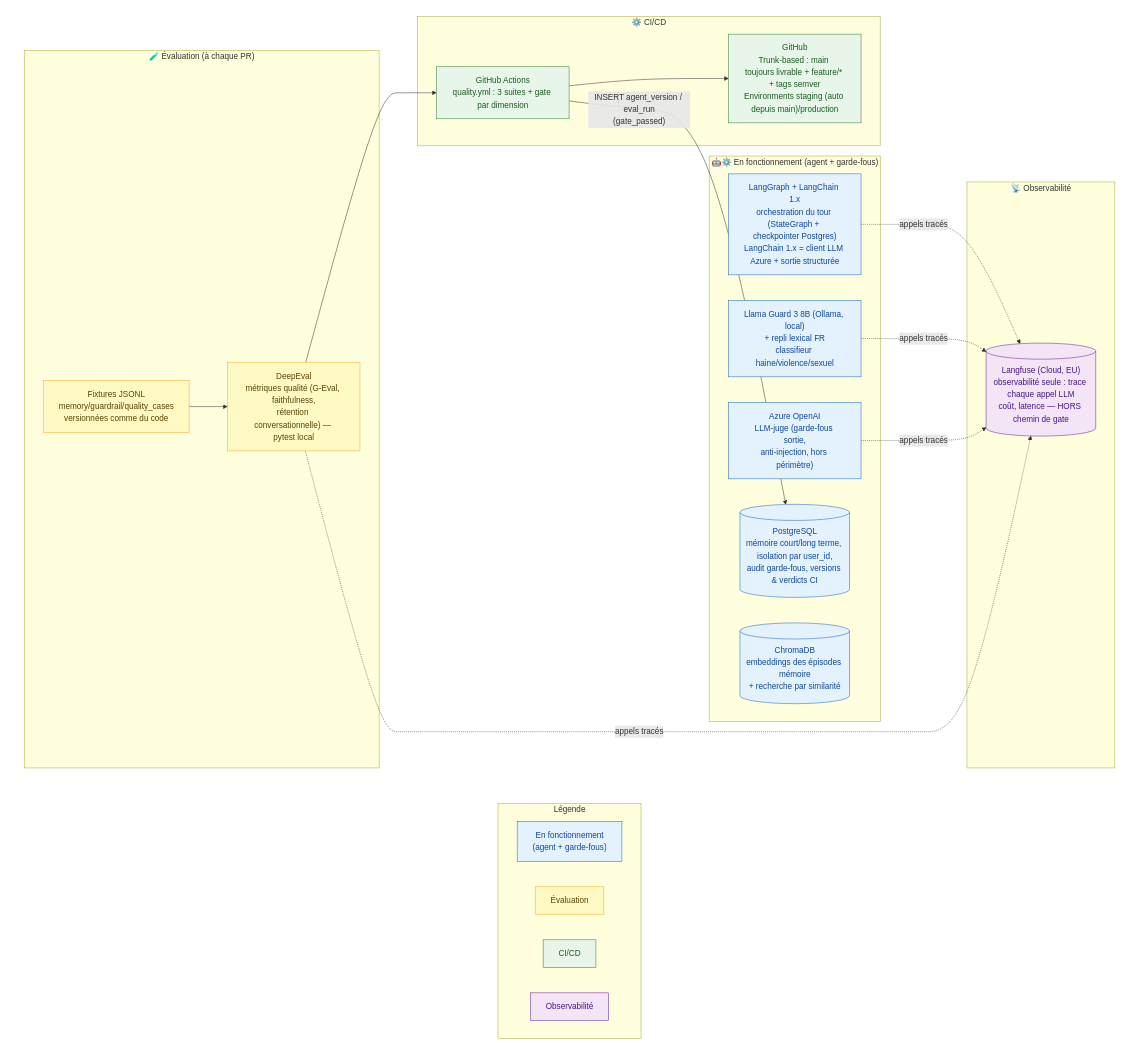
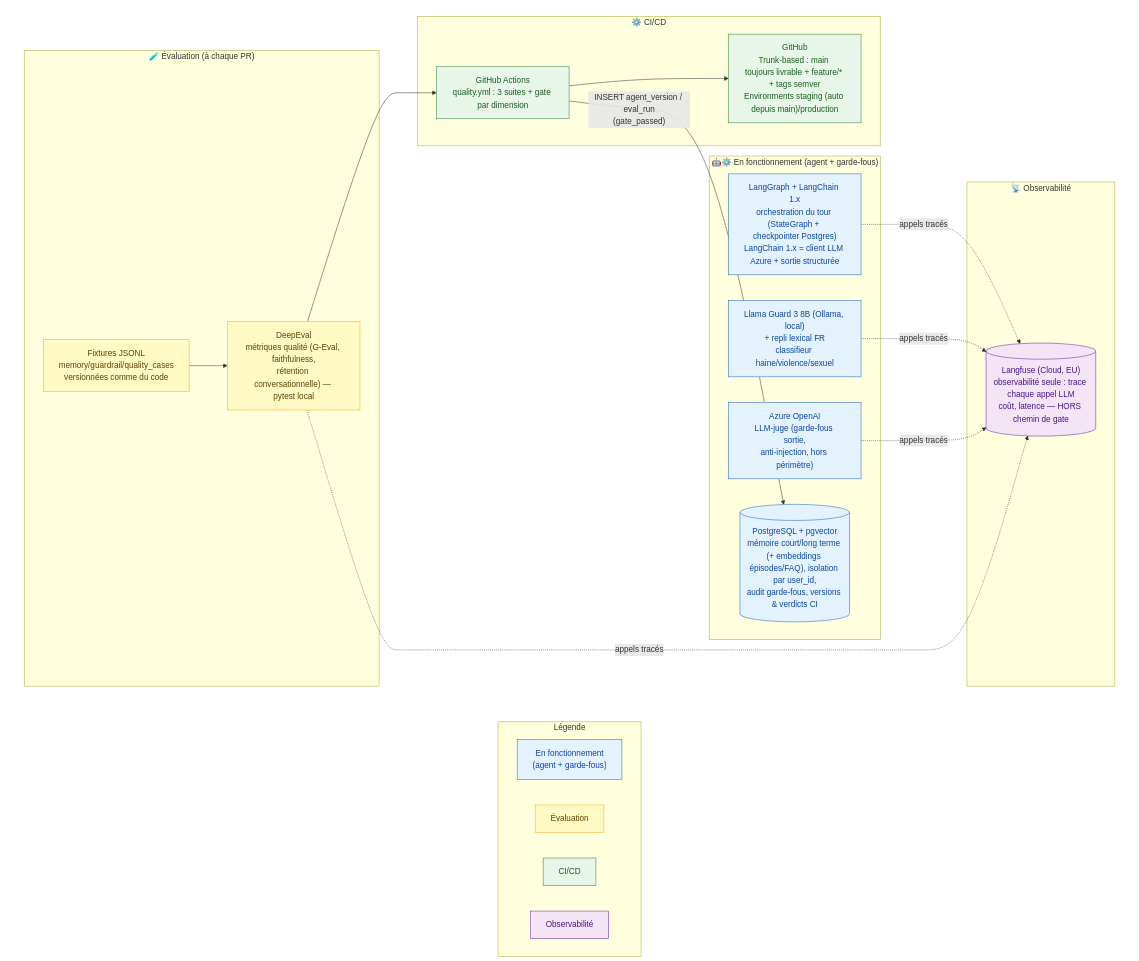
One commit to sofiane-git/velmo-v2 changed the diagram in docs/reference/schemas/04-outils.md. Above: the diagram before and after it, drawn with Mermaid. The commit also changed other lines of this file and 5 other files, not shown here.

````diff
--- a/docs/reference/schemas/04-outils.md
+++ b/docs/reference/schemas/04-outils.md
@@ -7,56 +7,55 @@
 ```mermaid
 flowchart TB
     subgraph MAIN[" "]
         subgraph AGENT["🤖⚙️ En fonctionnement (agent + garde-fous)"]
             LC["LangGraph + LangChain 1.x<br/>orchestration du tour (StateGraph + checkpointer Postgres)<br/>LangChain 1.x = client LLM Azure + sortie structurée"]
-            PG[("PostgreSQL<br/>mémoire court/long terme, isolation par user_id,<br/>audit garde-fous, versions & verdicts CI")]
-            CH[("ChromaDB<br/>embeddings des épisodes mémoire<br/>+ recherche par similarité")]
+            PG[("PostgreSQL + pgvector<br/>mémoire court/long terme (+ embeddings épisodes/FAQ), isolation par user_id,<br/>audit garde-fous, versions & verdicts CI")]
             LGM["Llama Guard 3 8B (Ollama, local)<br/>+ repli lexical FR<br/>classifieur haine/violence/sexuel"]
             AZ["Azure OpenAI<br/>LLM-juge (garde-fous sortie,<br/>anti-injection, hors périmètre)"]
         end
 
         subgraph EVAL["🧪 Évaluation (à chaque PR)"]
             JSONL["Fixtures JSONL<br/>memory/guardrail/quality_cases<br/>versionnées comme du code"]
             DE["DeepEval<br/>métriques qualité (G-Eval, faithfulness,<br/>rétention conversationnelle) — pytest local"]
         end
 
         subgraph CI["⚙️ CI/CD"]
             GHA["GitHub Actions<br/>quality.yml : 3 suites + gate par dimension"]
             GH["GitHub<br/>Trunk-based : main toujours livrable + feature/* + tags semver<br/>Environments staging (auto depuis main)/production"]
         end
 
         subgraph OBS["📡 Observabilité"]
             LF[("Langfuse (Cloud, EU)<br/>observabilité seule : trace chaque appel LLM<br/>coût, latence — HORS chemin de gate")]
         end
 
         JSONL --> DE --> GHA
         GHA --> GH
         LC -.->|"appels tracés"| LF
         LGM -.->|"appels tracés"| LF
         AZ -.->|"appels tracés"| LF
         DE -.->|"appels tracés"| LF
         GHA -->|"INSERT agent_version / eval_run<br/>(gate_passed)"| PG
     end
 
     MAIN --- LG1
 
     subgraph LEGEND["Légende"]
         direction LR
         LG1["En fonctionnement<br/>(agent + garde-fous)"]
         LG2["Évaluation"]
         LG3["CI/CD"]
         LG4["Observabilité"]
     end
 
     classDef agent fill:#e3f2fd,stroke:#1565c0,color:#0d47a1;
     classDef eval fill:#fff9c4,stroke:#f9a825,color:#5c4400;
     classDef ci fill:#e8f5e9,stroke:#2e7d32,color:#1b5e20;
     classDef obs fill:#f3e5f5,stroke:#6a1b9a,color:#4a148c;
-    class LC,PG,CH,LGM,AZ,LG1 agent;
+    class LC,PG,LGM,AZ,LG1 agent;
     class JSONL,DE,LG2 eval;
     class GHA,GH,LG3 ci;
     class LF,LG4 obs;
     style MAIN fill:none,stroke:none;
     %% connecteur invisible (force la légende en bas) — index = ordre des flèches, recalculer si le flux change
     linkStyle 8 stroke:none;
 ```
````
